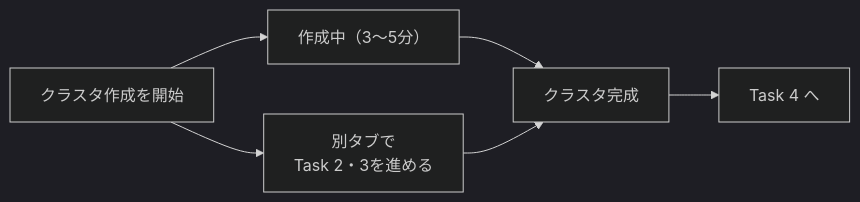
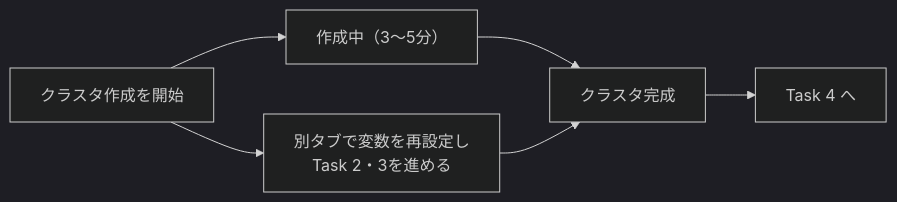
The third of 9 diagrams in Gke-echo-web-challenge-lab-guide.md (myoshi2891/Cloud-Infrastructure-and-Network-Studies), drawn with Mermaid (dark theme) before and after one commit. The commit also changed other lines of this file and 5 other files, not shown here.

````diff
--- a/Gke-echo-web-challenge-lab-guide.md
+++ b/Gke-echo-web-challenge-lab-guide.md
@@ -199,8 +209,8 @@
 ```mermaid
 flowchart LR
     S["クラスタ作成を開始"] --> W["作成中（3〜5分）"]
-    S --> T2["別タブで<br/>Task 2・3を進める"]
+    S --> T2["別タブで変数を再設定し<br/>Task 2・3を進める"]
     W --> D["クラスタ完成"]
     T2 --> D
     D --> T4["Task 4 へ"]
 ```
````
